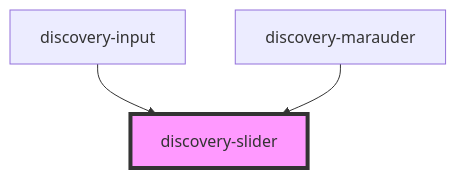
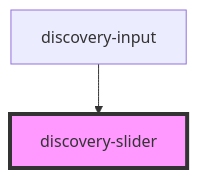
One commit to senx/discovery-widgets changed the diagram in src/components/discovery-slider/readme.md. Above: the diagram before and after it, drawn with Mermaid. The commit also changed other lines of this file and 1 other file, not shown here.

Commit message:
remove marauder's map

````diff
--- a/src/components/discovery-slider/readme.md
+++ b/src/components/discovery-slider/readme.md
@@ -56,6 +55,5 @@
 ```mermaid
 graph TD;
   discovery-input --> discovery-slider
-  discovery-marauder --> discovery-slider
   style discovery-slider fill:#f9f,stroke:#333,stroke-width:4px
 ```
````
